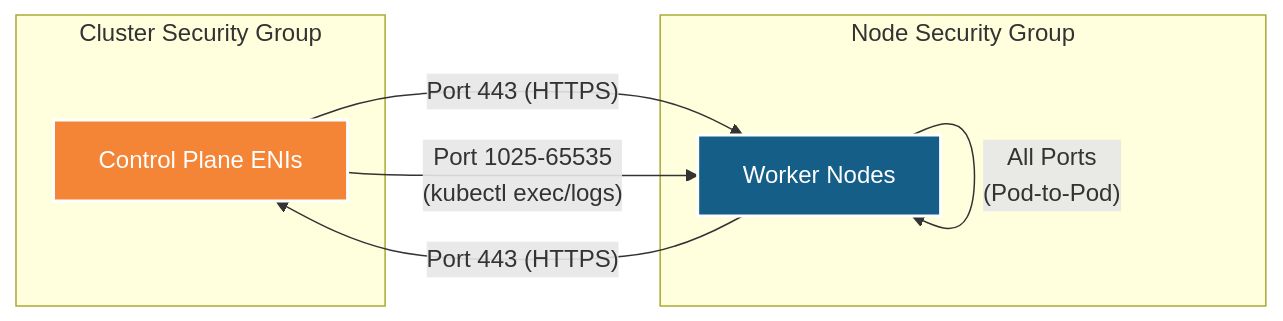
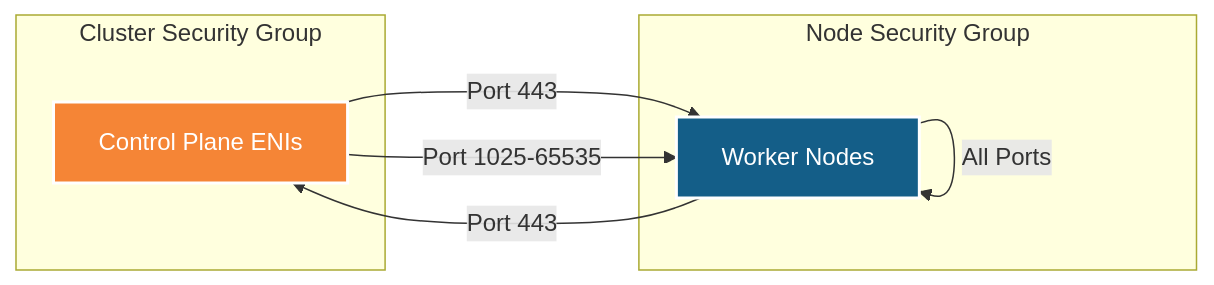
Before and after one commit to selvakumarperumal/EKS_k8s_custom_template_with_Terraform: the second of 4 diagrams in modules/eks/README.md, drawn with Mermaid. The commit also changed 2 other files, not shown here.

Commit message:
fix: remove unsupported Mermaid & shorthand and br in edge labels for GitHub rendering

````diff
--- a/modules/eks/README.md
+++ b/modules/eks/README.md
@@ -84,21 +84,21 @@
 ```mermaid
 graph LR
     classDef cp fill:#F58536,stroke:#fff,stroke-width:2px,color:#fff
     classDef ng fill:#145E88,stroke:#fff,stroke-width:2px,color:#fff
 
     subgraph ClusterSG ["Cluster Security Group"]
         CP["Control Plane ENIs"]
     end
 
     subgraph NodeSG ["Node Security Group"]
         Node["Worker Nodes"]
     end
 
-    CP -- "Port 443 (HTTPS)" --> Node
-    Node -- "Port 443 (HTTPS)" --> CP
-    CP -- "Port 1025-65535<br/>(kubectl exec/logs)" --> Node
-    Node -- "All Ports<br/>(Pod-to-Pod)" --> Node
+    CP -- "Port 443" --> Node
+    Node -- "Port 443" --> CP
+    CP -- "Port 1025-65535" --> Node
+    Node -- "All Ports" --> Node
 
     class CP cp
     class Node ng
 ```
````
